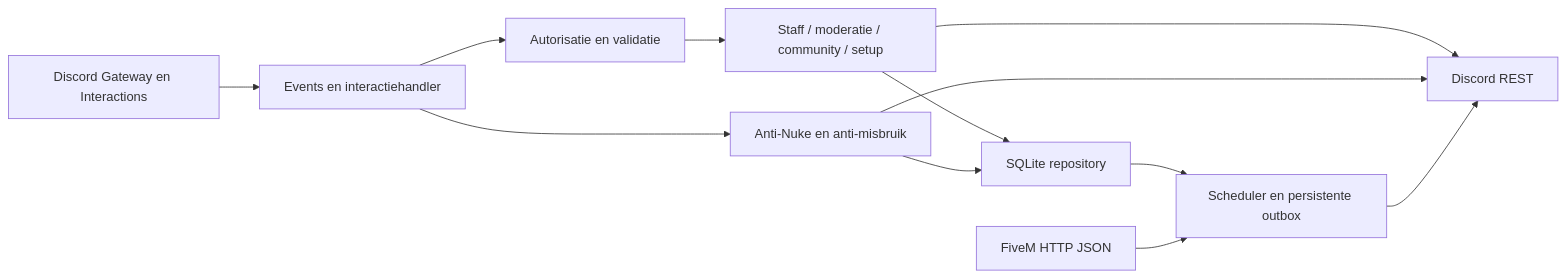
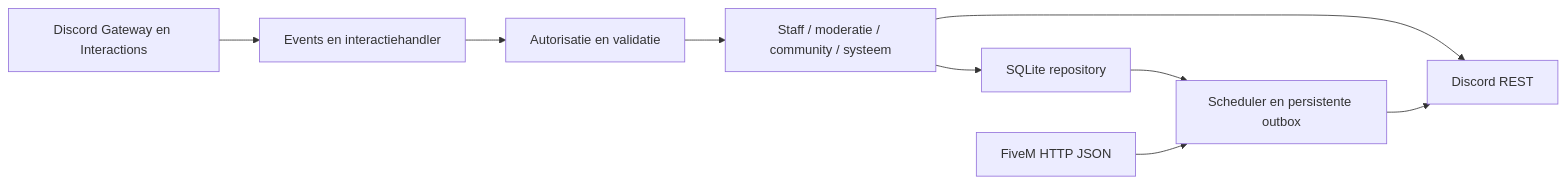
The diagram in docs/ARCHITECTUUR.md (GillesVGB/rotterdamrp), drawn with Mermaid before and after one commit. The commit also changed other lines of this file and 51 other files, not shown here.

````diff
--- a/docs/ARCHITECTUUR.md
+++ b/docs/ARCHITECTUUR.md
@@ -5,14 +5,11 @@
 ```mermaid
 flowchart LR
   D[Discord Gateway en Interactions] --> H[Events en interactiehandler]
   H --> P[Autorisatie en validatie]
-  P --> S[Staff / moderatie / community / setup]
-  H --> A[Anti-Nuke en anti-misbruik]
+  P --> S[Staff / moderatie / community / systeem]
   S --> R[SQLite repository]
-  A --> R
   S --> API[Discord REST]
-  A --> API
   R --> W[Scheduler en persistente outbox]
   W --> API
   F[FiveM HTTP JSON] --> W
 ```
````
